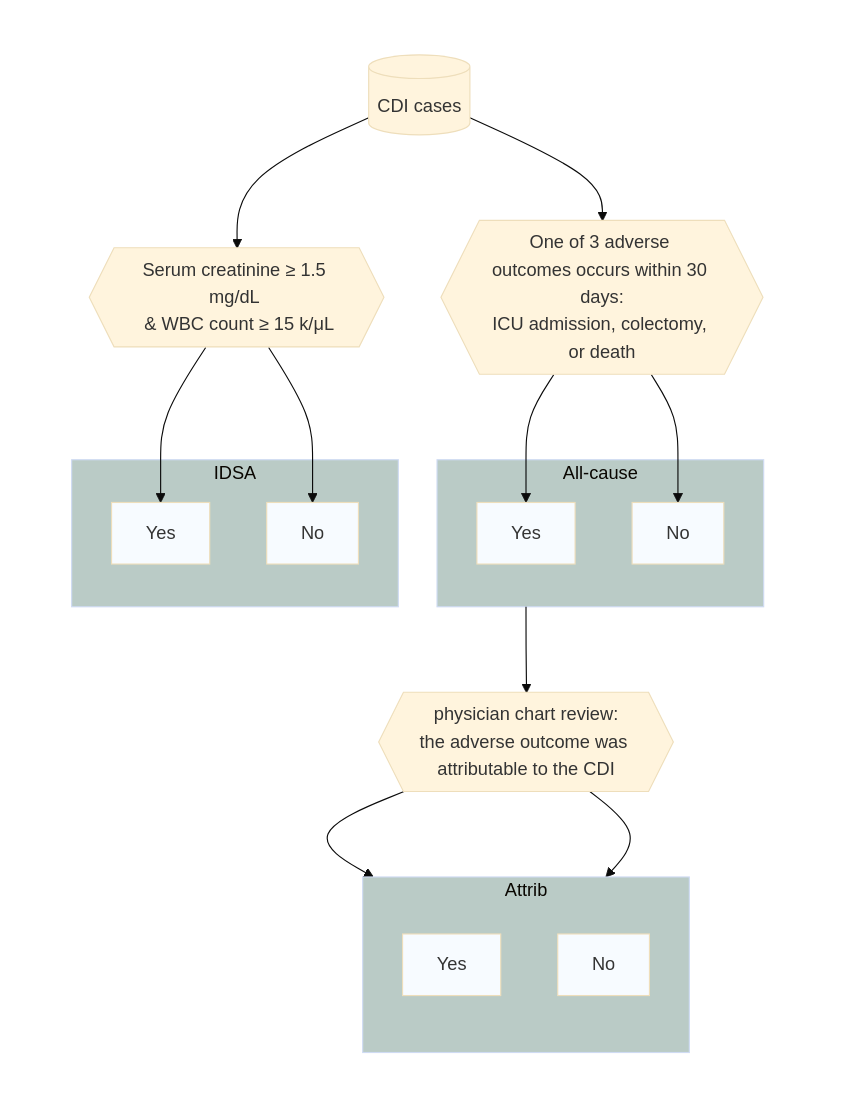
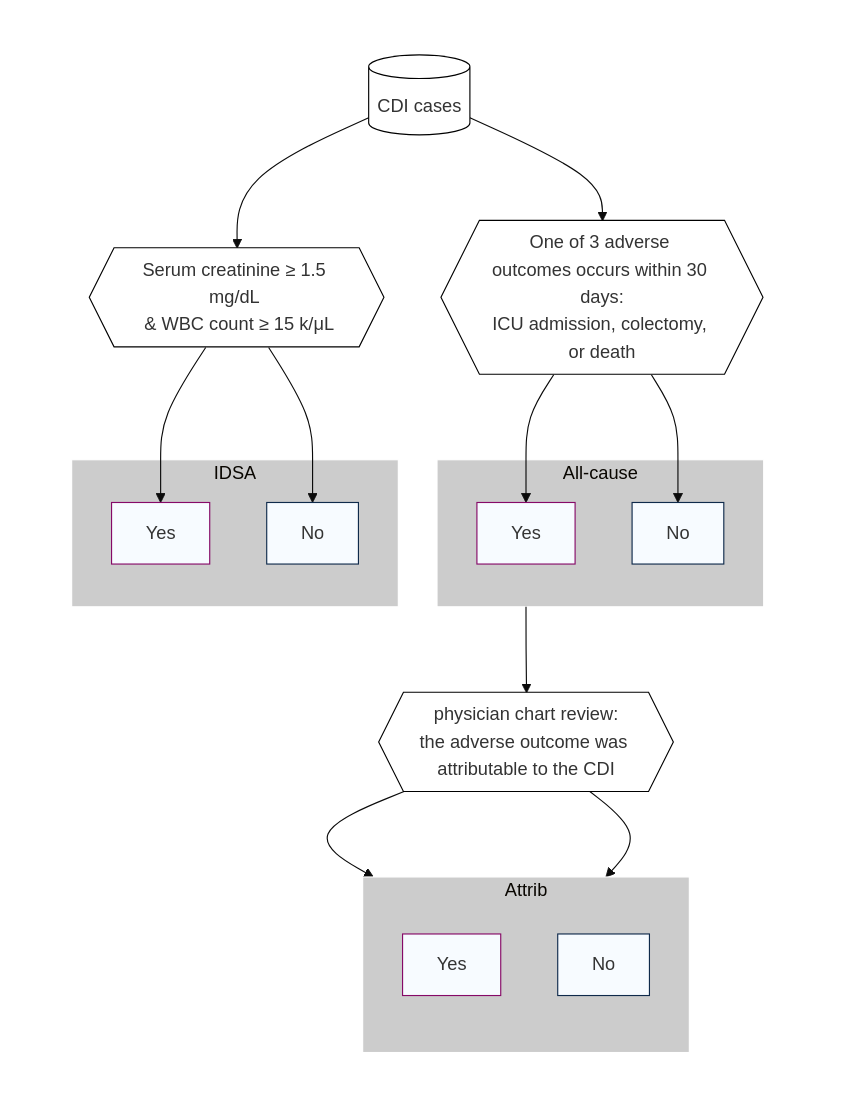
The diagram in workflow/scripts/mermaid/severity_flowchart.mmd (SchlossLab/severe-CDI), drawn with Mermaid (base theme) before and after one commit. The commit also changed 4 other files, not shown here.

Commit message:
Tweak flowchart colors

```diff
--- a/workflow/scripts/mermaid/severity_flowchart.mmd
+++ b/workflow/scripts/mermaid/severity_flowchart.mmd
@@ -1,40 +1,42 @@
 flowchart TB
-    classDef outcome fill:#F7FBFF
+    classDef outcome_yes fill:#F7FBFF,stroke:#860967
+    classDef outcome_no fill:#F7FBFF,stroke:#0F2A4B
+    classDef decision fill:#FFFFFF,stroke:#000000
     subgraph invis1
         direction TB
 
-        cases[(CDI cases)]
+        cases[(CDI cases)]:::decision
 
-        idsa_lab{{"Serum creatinine ≥ 1.5 mg/dL \n & WBC count ≥ 15 k/μL"}}
+        idsa_lab{{"Serum creatinine ≥ 1.5 mg/dL \n & WBC count ≥ 15 k/μL"}}:::decision
         idsa_lab --> yes_idsa
         idsa_lab --> no_idsa
         subgraph IDSA
-            yes_idsa[Yes]:::outcome
-            no_idsa[No]:::outcome
+            yes_idsa[Yes]:::outcome_yes
+            no_idsa[No]:::outcome_no
         end
 
-        unattrib{{One of 3 adverse outcomes occurs within 30 days:\nICU admission, colectomy, or death}}
+        unattrib{{One of 3 adverse outcomes occurs within 30 days:\nICU admission, colectomy, or death}}:::decision
         unattrib --> yes_un
         unattrib --> no_un
         subgraph All-cause
-            yes_un[Yes]:::outcome
-            no_un[No]:::outcome
+            yes_un[Yes]:::outcome_yes
+            no_un[No]:::outcome_no
         end
         All-cause --> chart
 
-        chart{{physician chart review:\nthe adverse outcome was attributable to the CDI}}
+        chart{{physician chart review:\nthe adverse outcome was attributable to the CDI}}:::decision
         chart --> yes_at
         chart --> no_at
         subgraph attrib[Attrib]
             direction TB
-            yes_at[Yes]:::outcome
-            no_at[No]:::outcome
+            yes_at[Yes]:::outcome_yes
+            no_at[No]:::outcome_no
         end
 
         cases --> unattrib
         cases --> idsa_lab
     end
-    style IDSA fill:#bacbc6
-    style attrib fill:#bacbc6
-    style All-cause fill:#bacbc6
     style invis1 fill:#FFFFFF,stroke:#FFFFFF,color:#FFFFFF
+    style IDSA fill:#CCCCCC,stroke:#FFFFFF
+    style attrib fill:#CCCCCC,stroke:#FFFFFF
+    style All-cause fill:#CCCCCC,stroke:#FFFFFF
```
